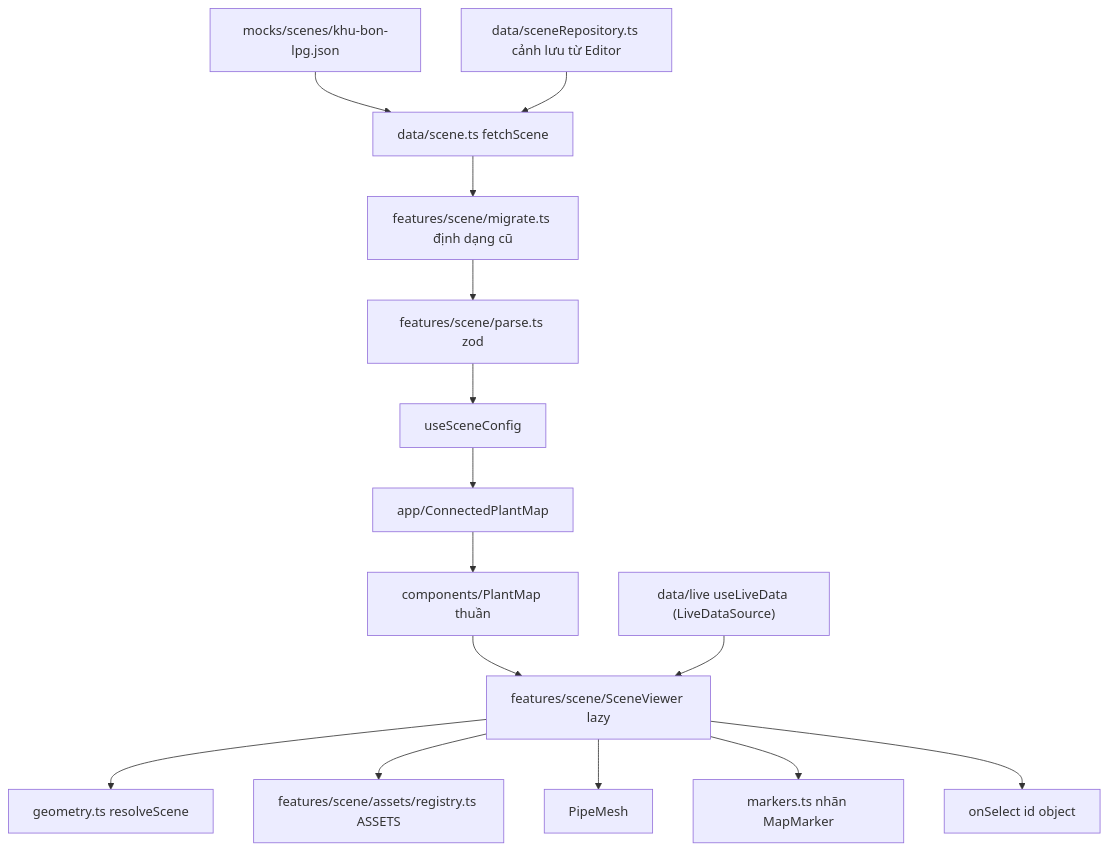
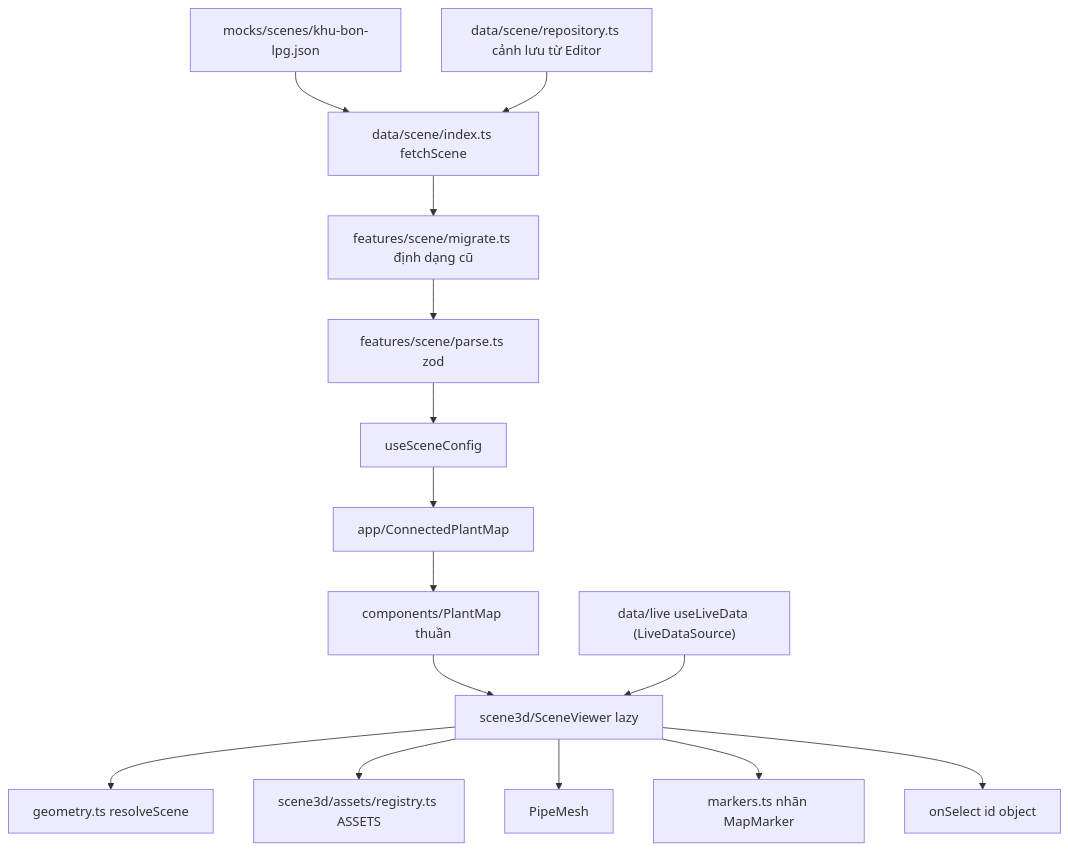
The second of 4 diagrams in docs/guide/overview-map-3d.md (tuanpq-dev/demo-lpg), drawn with Mermaid before and after one commit. The commit also changed other lines of this file and 214 other files, not shown here.

First line of the commit message:
refactor(fe): ranh giới lớp bằng ESLint; tách lớp vẽ 3D src/scene3d; gom src/data theo miền

````diff
--- a/docs/guide/overview-map-3d.md
+++ b/docs/guide/overview-map-3d.md
@@ -45,17 +45,17 @@
 ```mermaid
 flowchart TD
-  JSON["mocks/scenes/khu-bon-lpg.json"] --> FETCH["data/scene.ts fetchScene"]
-  REPO["data/sceneRepository.ts cảnh lưu từ Editor"] --> FETCH
+  JSON["mocks/scenes/khu-bon-lpg.json"] --> FETCH["data/scene/index.ts fetchScene"]
+  REPO["data/scene/repository.ts cảnh lưu từ Editor"] --> FETCH
   FETCH --> MIG["features/scene/migrate.ts định dạng cũ"]
   MIG --> ZOD["features/scene/parse.ts zod"]
   ZOD --> HOOK["useSceneConfig"]
   HOOK --> CPM["app/ConnectedPlantMap"]
   CPM --> PM["components/PlantMap thuần"]
-  PM --> SV["features/scene/SceneViewer lazy"]
+  PM --> SV["scene3d/SceneViewer lazy"]
   SV --> GEO["geometry.ts resolveScene"]
-  SV --> REG["features/scene/assets/registry.ts ASSETS"]
+  SV --> REG["scene3d/assets/registry.ts ASSETS"]
   SV --> PIPE["PipeMesh"]
   SV --> MARK["markers.ts nhãn MapMarker"]
   LIVE["data/live useLiveData (LiveDataSource)"] --> SV
   SV --> SEL["onSelect id object"]
 ```
````
